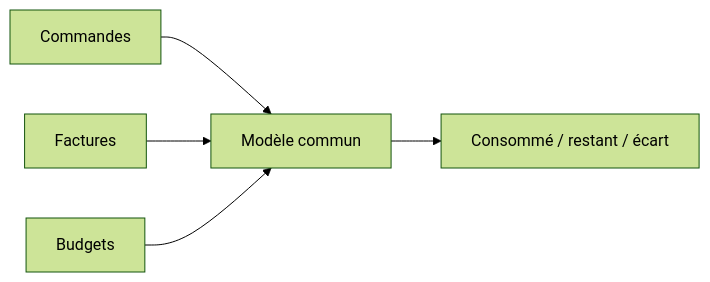
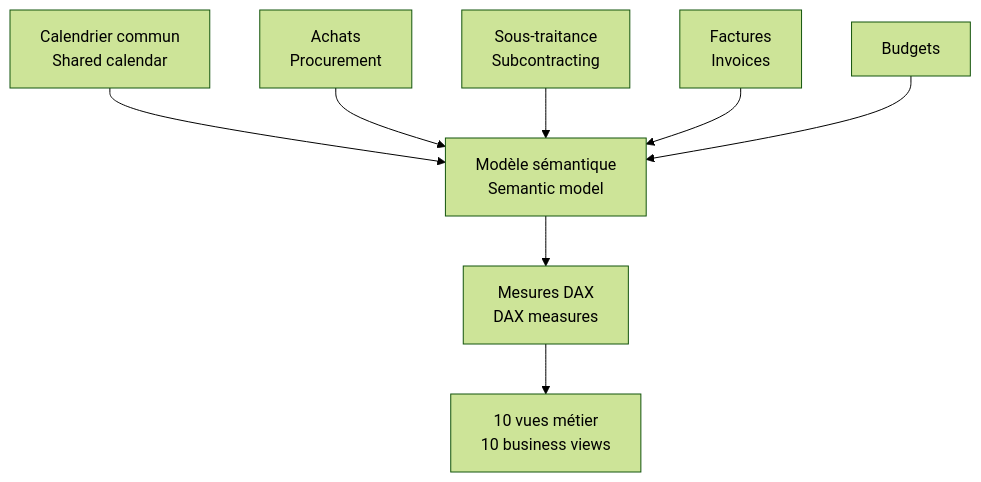
Before and after one commit to jeffersonkuku/powerbi-portfolio-projects: the second of 2 diagrams in powerbi-p2-consumables-financial-monitoring/README.md, drawn with Mermaid (forest theme). The commit also changed other lines of this file and 4 other files, not shown here.

````diff
--- a/powerbi-p2-consumables-financial-monitoring/README.md
+++ b/powerbi-p2-consumables-financial-monitoring/README.md
@@ -62,7 +112,10 @@
 ```mermaid
-flowchart LR
-    A[Commandes] --> D[Modèle commun]
-    B[Factures] --> D
-    C[Budgets] --> D
-    D --> E[Consommé / restant / écart]
+flowchart TB
+    CAL[Calendrier commun<br/>Shared calendar] --> MODEL[Modèle sémantique<br/>Semantic model]
+    PO[Achats<br/>Procurement] --> MODEL
+    ST[Sous-traitance<br/>Subcontracting] --> MODEL
+    INV[Factures<br/>Invoices] --> MODEL
+    BUD[Budgets] --> MODEL
+    MODEL --> DAX[Mesures DAX<br/>DAX measures]
+    DAX --> REP[10 vues métier<br/>10 business views]
 ```
````
